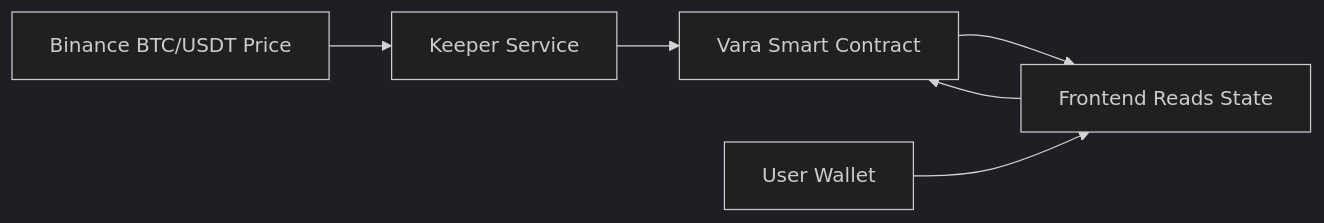
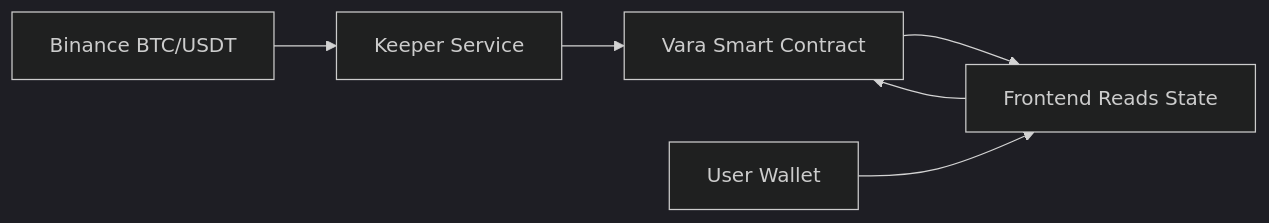
One commit to shashwatweb3/tradevault-arena changed the second of 4 diagrams in docs/TRADEVAULT_ARENA_OVERVIEW.md. Above: the diagram before and after it, drawn with Mermaid (dark theme). The commit also changed other lines of this file and 3 other files, not shown here.

Commit message:
docs: add polished interactive docs page with diagrams

````diff
--- a/docs/TRADEVAULT_ARENA_OVERVIEW.md
+++ b/docs/TRADEVAULT_ARENA_OVERVIEW.md
@@ -166,8 +69,8 @@
 ```mermaid
 flowchart LR
-  Binance[Binance BTC/USDT Price] --> Keeper[Keeper Service]
-  Keeper --> Contract[Vara Smart Contract]
-  Contract --> Frontend[Frontend Reads State]
-  User[User Wallet] --> Frontend
-  Frontend --> Contract
+Binance[Binance BTC/USDT] --> Keeper[Keeper Service]
+Keeper --> Contract[Vara Smart Contract]
+Contract --> Frontend[Frontend Reads State]
+User[User Wallet] --> Frontend
+Frontend --> Contract
 ```
````
